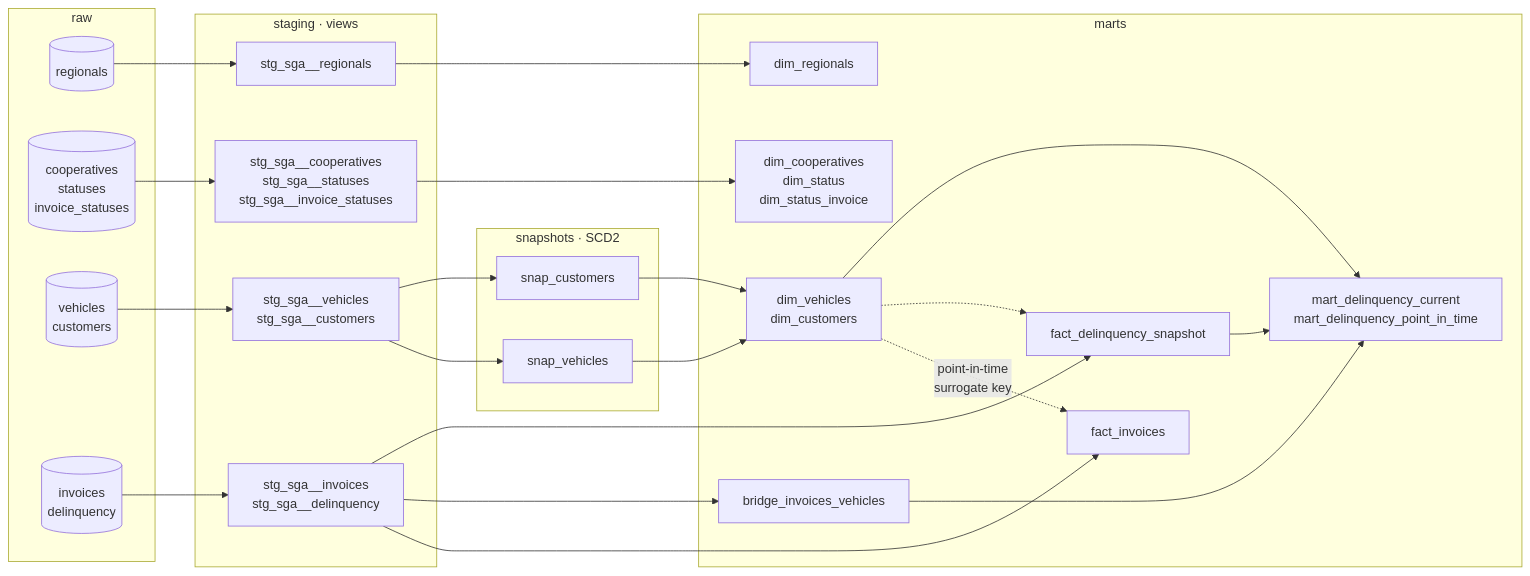
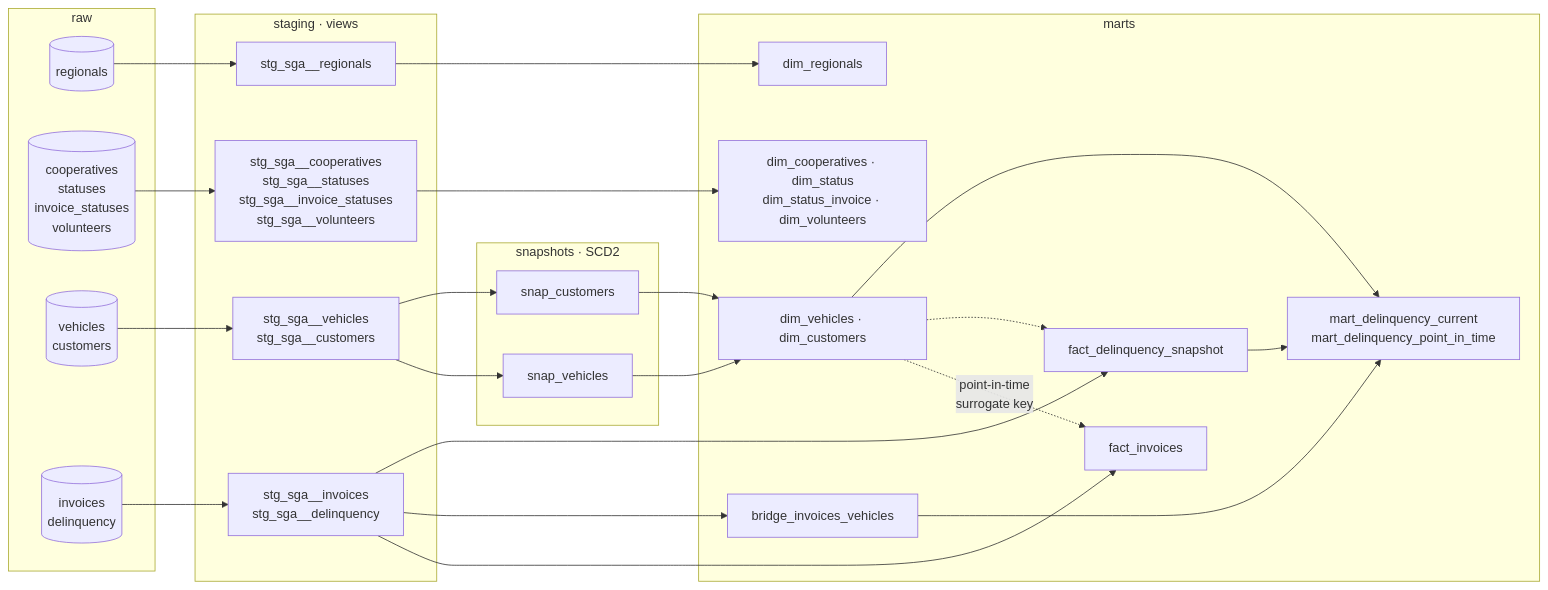
One commit to AntonioAugustoF/sga-api-pipeline changed the second of 5 diagrams in static/architecture.md. Above: the diagram before and after it, drawn with Mermaid. The commit also changed other lines of this file and 78 other files, not shown here.

````diff
--- a/static/architecture.md
+++ b/static/architecture.md
@@ -61,46 +48,46 @@
 ```mermaid
 flowchart LR
     subgraph SRC["raw"]
         R1[("regionals")]
-        R2[("cooperatives<br/>statuses<br/>invoice_statuses")]
+        R2[("cooperatives<br/>statuses<br/>invoice_statuses<br/>volunteers")]
         R3[("vehicles<br/>customers")]
         R4[("invoices<br/>delinquency")]
     end
 
     subgraph STG["staging · views"]
         S1["stg_sga__regionals"]
-        S2["stg_sga__cooperatives<br/>stg_sga__statuses<br/>stg_sga__invoice_statuses"]
+        S2["stg_sga__cooperatives<br/>stg_sga__statuses<br/>stg_sga__invoice_statuses<br/>stg_sga__volunteers"]
         S3["stg_sga__vehicles<br/>stg_sga__customers"]
         S4["stg_sga__invoices<br/>stg_sga__delinquency"]
     end
 
     subgraph SNAP["snapshots · SCD2"]
         N1["snap_vehicles"]
         N2["snap_customers"]
     end
 
     subgraph MART["marts"]
         D1["dim_regionals"]
-        D2["dim_cooperatives<br/>dim_status<br/>dim_status_invoice"]
-        D3["dim_vehicles<br/>dim_customers"]
+        D2["dim_cooperatives · dim_status<br/>dim_status_invoice · dim_volunteers"]
+        D3["dim_vehicles · dim_customers"]
         F1["fact_invoices"]
         F2["bridge_invoices_vehicles"]
         F3["fact_delinquency_snapshot"]
         M1["mart_delinquency_current<br/>mart_delinquency_point_in_time"]
     end
 
     R1 --> S1 --> D1
     R2 --> S2 --> D2
     R3 --> S3
     S3 --> N1 --> D3
     S3 --> N2 --> D3
     R4 --> S4
     S4 --> F1
     S4 --> F2
     S4 --> F3
     D3 -.->|"point-in-time<br/>surrogate key"| F1
     D3 -.-> F3
     F3 --> M1
     F2 --> M1
     D3 --> M1
 ```
````
